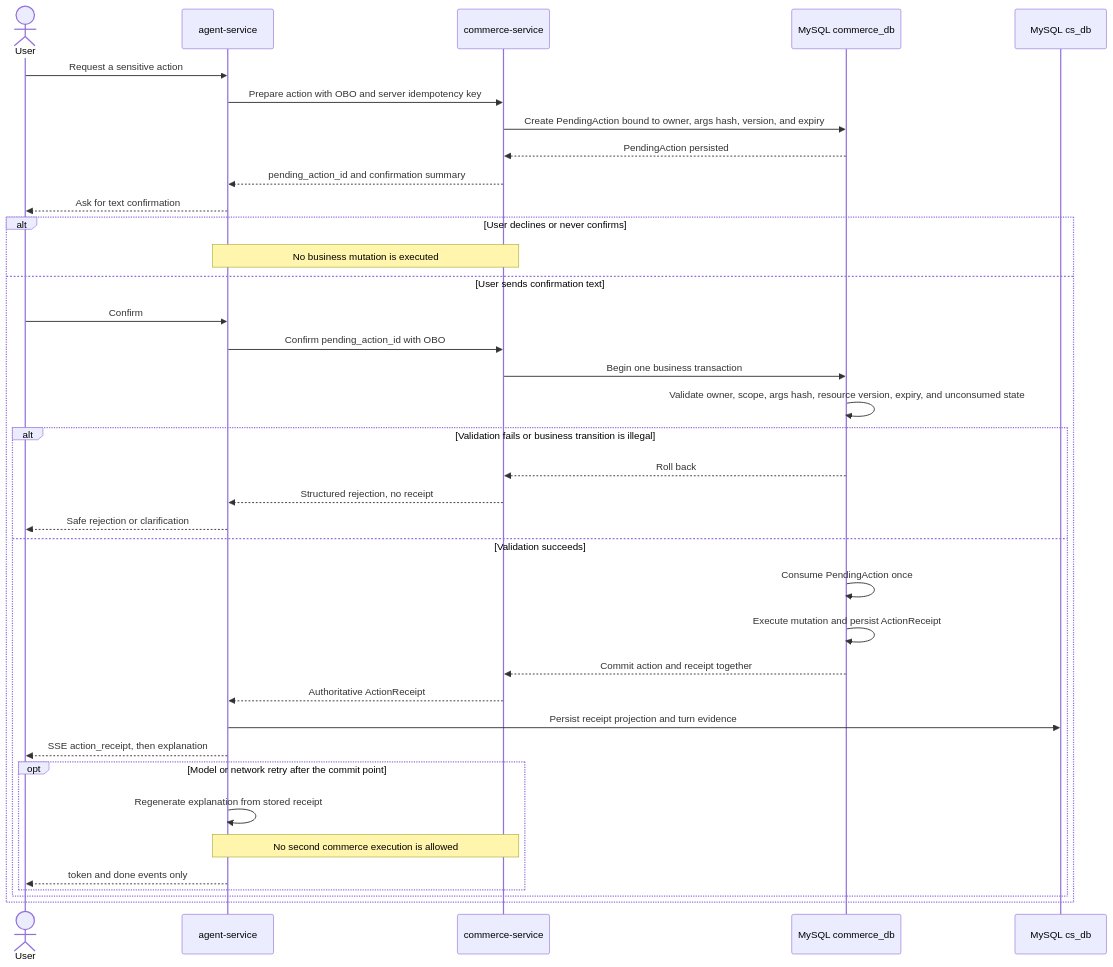
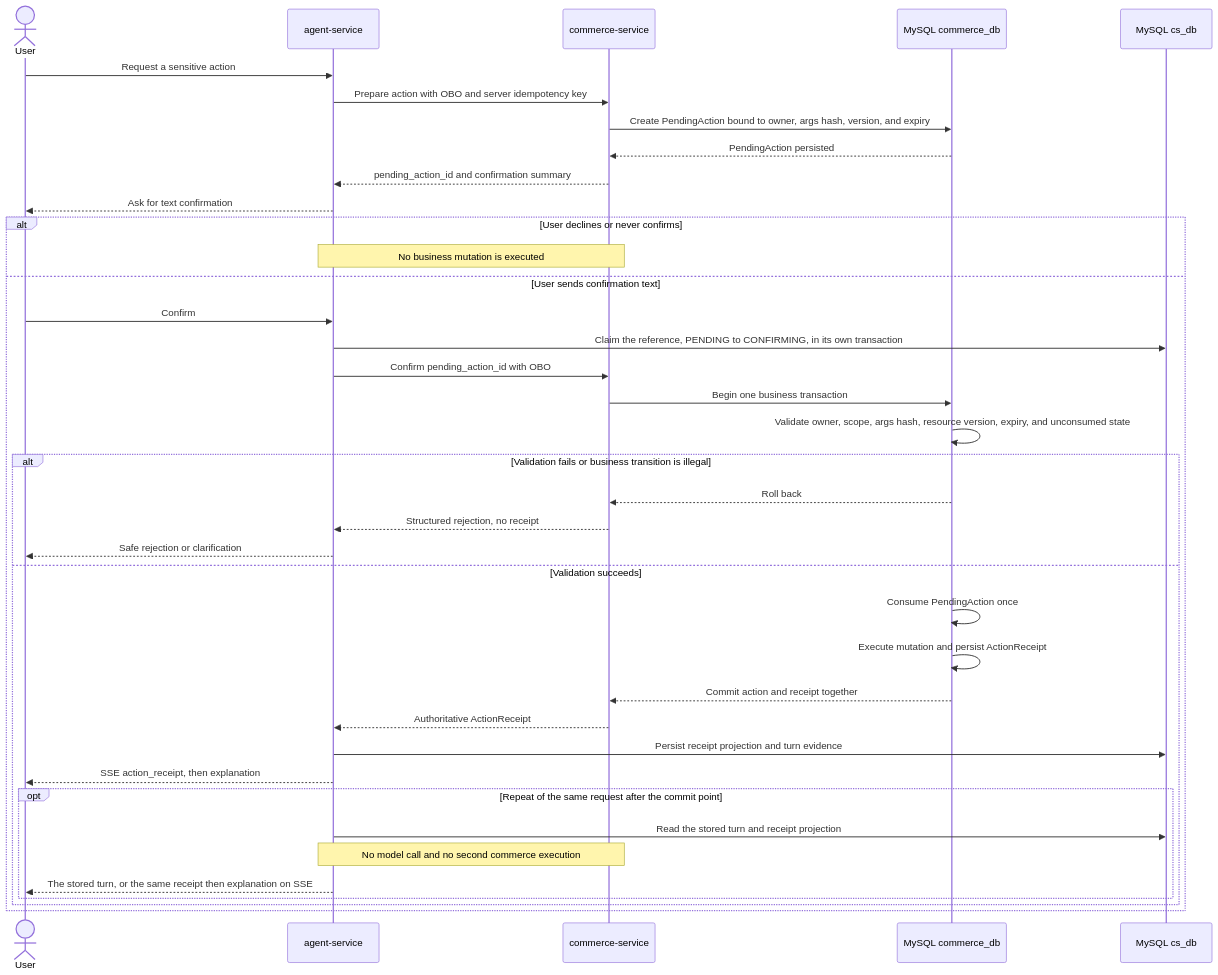
Before and after one commit to ChanTso/citybuddy: the third of 3 diagrams in docs/CONTRACTS.md, drawn with Mermaid. The commit also changed other lines of this file and 2 other files, not shown here.

First paragraph of the commit message:
docs: correct six claims the fact-check found wrong
Condensing the slice log into one curated document lifted several statements
out of the state they were true in.

````diff
--- a/docs/CONTRACTS.md
+++ b/docs/CONTRACTS.md
@@ -468,41 +469,42 @@
 ```mermaid
 sequenceDiagram
     actor U as User
     participant G as agent-service
     participant C as commerce-service
     participant D as MySQL commerce_db
     participant E as MySQL cs_db
 
     U->>G: Request a sensitive action
     G->>C: Prepare action with OBO and server idempotency key
     C->>D: Create PendingAction bound to owner, args hash, version, and expiry
     D-->>C: PendingAction persisted
     C-->>G: pending_action_id and confirmation summary
     G-->>U: Ask for text confirmation
 
     alt User declines or never confirms
         Note over G,C: No business mutation is executed
     else User sends confirmation text
         U->>G: Confirm
+        G->>E: Claim the reference, PENDING to CONFIRMING, in its own transaction
         G->>C: Confirm pending_action_id with OBO
         C->>D: Begin one business transaction
         D->>D: Validate owner, scope, args hash, resource version, expiry, and unconsumed state
         alt Validation fails or business transition is illegal
             D-->>C: Roll back
             C-->>G: Structured rejection, no receipt
             G-->>U: Safe rejection or clarification
         else Validation succeeds
             D->>D: Consume PendingAction once
             D->>D: Execute mutation and persist ActionReceipt
             D-->>C: Commit action and receipt together
             C-->>G: Authoritative ActionReceipt
             G->>E: Persist receipt projection and turn evidence
             G-->>U: SSE action_receipt, then explanation
-            opt Model or network retry after the commit point
-                G->>G: Regenerate explanation from stored receipt
-                Note over G,C: No second commerce execution is allowed
-                G-->>U: token and done events only
+            opt Repeat of the same request after the commit point
+                G->>E: Read the stored turn and receipt projection
+                Note over G,C: No model call and no second commerce execution
+                G-->>U: The stored turn, or the same receipt then explanation on SSE
             end
         end
     end
 ```
````
